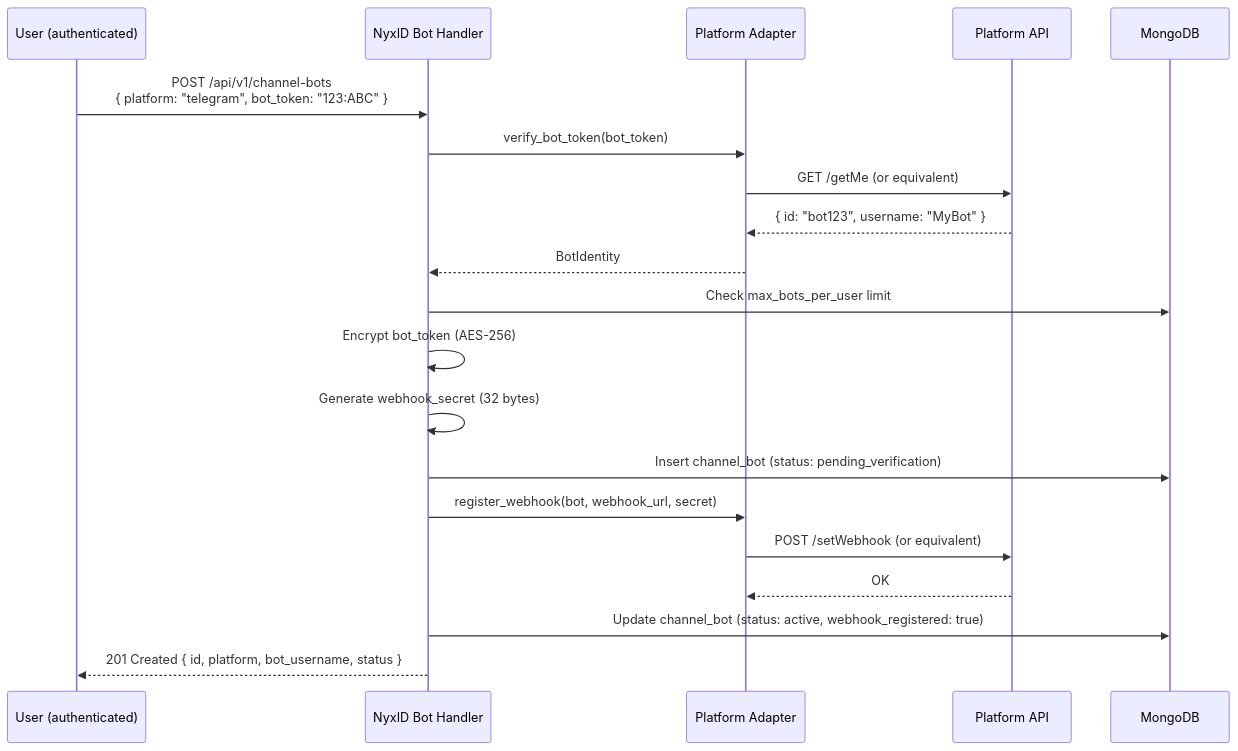
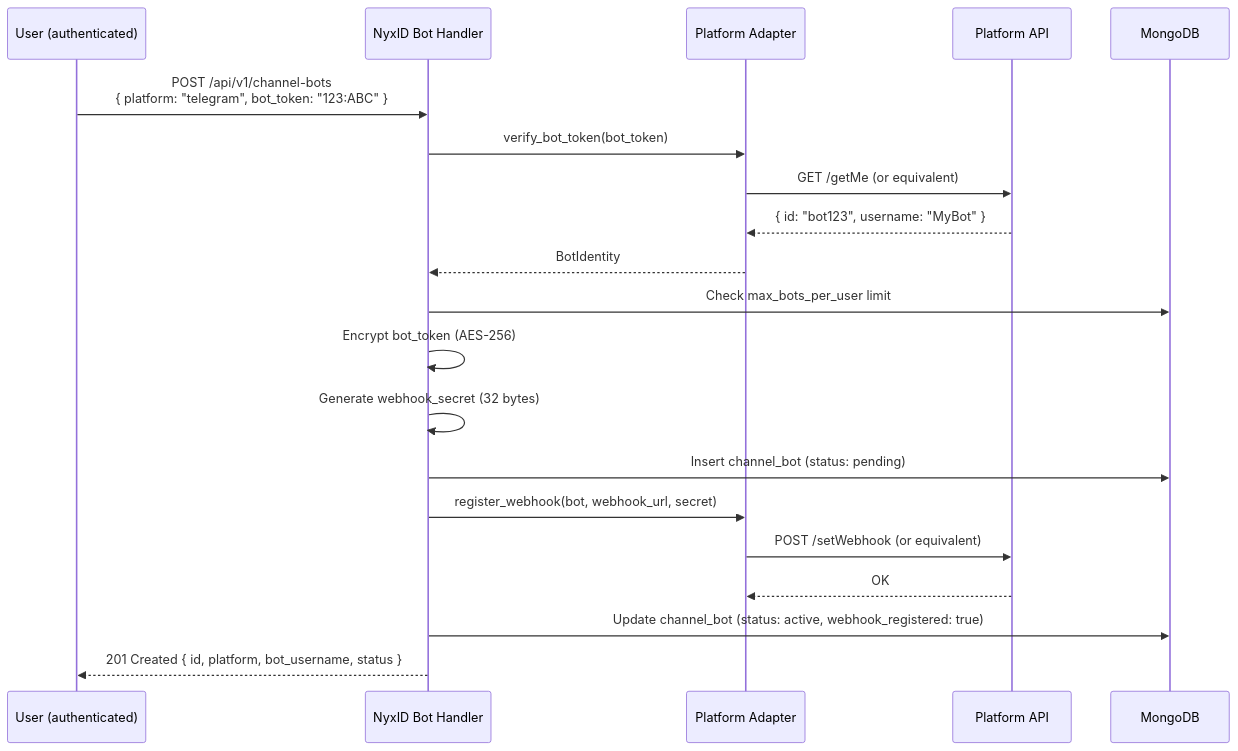
The fifth of 17 diagrams in docs/CHANNEL_BOT_RELAY.md (ChronoAIProject/NyxID), drawn with Mermaid before and after one commit. The commit also changed other lines of this file and 39 other files, not shown here.

````diff
--- a/docs/CHANNEL_BOT_RELAY.md
+++ b/docs/CHANNEL_BOT_RELAY.md
@@ -453,26 +463,26 @@
 ```mermaid
 sequenceDiagram
     participant U as User (authenticated)
     participant H as NyxID Bot Handler
     participant A as Platform Adapter
     participant P as Platform API
     participant DB as MongoDB
 
     U->>H: POST /api/v1/channel-bots<br/>{ platform: "telegram", bot_token: "123:ABC" }
     H->>A: verify_bot_token(bot_token)
     A->>P: GET /getMe (or equivalent)
     P-->>A: { id: "bot123", username: "MyBot" }
     A-->>H: BotIdentity
 
     H->>DB: Check max_bots_per_user limit
     H->>H: Encrypt bot_token (AES-256)
     H->>H: Generate webhook_secret (32 bytes)
-    H->>DB: Insert channel_bot (status: pending_verification)
+    H->>DB: Insert channel_bot (status: pending)
 
     H->>A: register_webhook(bot, webhook_url, secret)
     A->>P: POST /setWebhook (or equivalent)
     P-->>A: OK
 
     H->>DB: Update channel_bot (status: active, webhook_registered: true)
     H-->>U: 201 Created { id, platform, bot_username, status }
 ```
````
